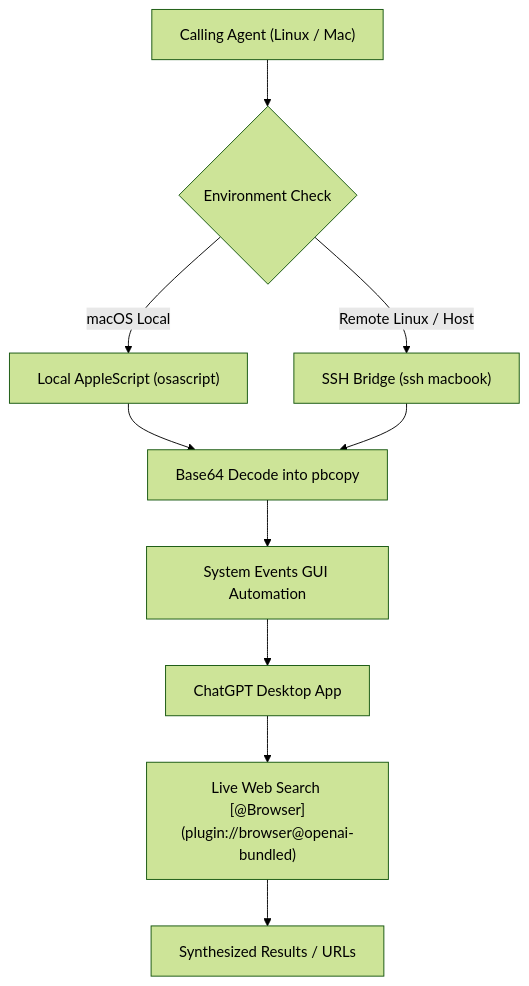
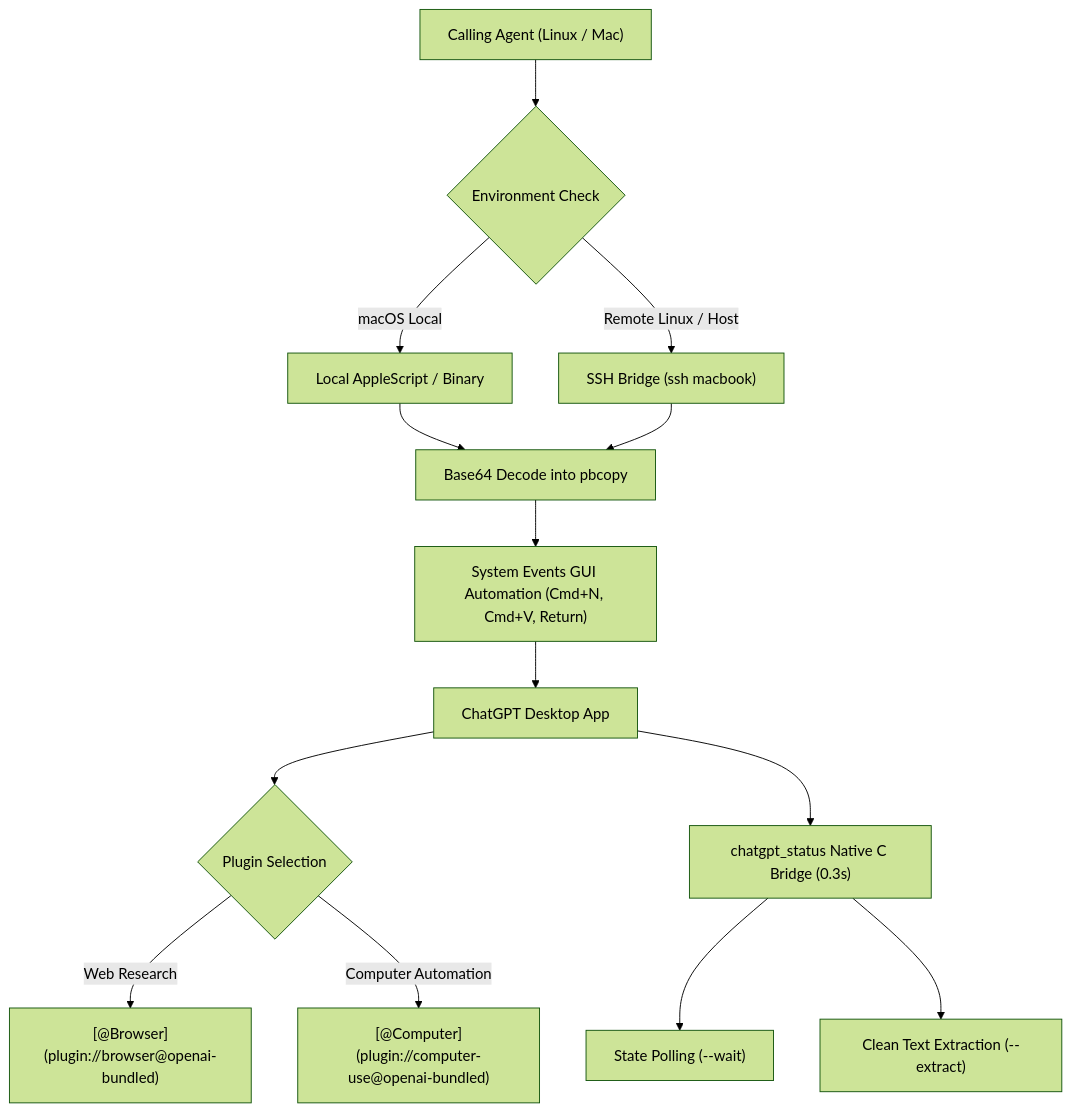
The diagram in skills/chatgpt-mac-research/SKILL.md (yigitkonur/skills-by-yigitkonur), drawn with Mermaid (forest theme) before and after one commit. The commit also changed other lines of this file and 4 other files, not shown here.

Commit message:
feat(chatgpt-mac-research): add @Computer plugin, native C accessibility status monitor, and extract pipeline

````diff
--- a/skills/chatgpt-mac-research/SKILL.md
+++ b/skills/chatgpt-mac-research/SKILL.md
@@ -32,12 +52,16 @@
 ```mermaid
 flowchart TD
     A["Calling Agent (Linux / Mac)"] --> B{"Environment Check"}
-    B -->|macOS Local| C["Local AppleScript (osascript)"]
+    B -->|macOS Local| C["Local AppleScript / Binary"]
     B -->|Remote Linux / Host| D["SSH Bridge (ssh macbook)"]
     C --> E["Base64 Decode into pbcopy"]
     D --> E
-    E --> F["System Events GUI Automation"]
+    E --> F["System Events GUI Automation (Cmd+N, Cmd+V, Return)"]
     F --> G["ChatGPT Desktop App"]
-    G --> H["Live Web Search [@Browser](plugin://browser@openai-bundled)"]
-    H --> I["Synthesized Results / URLs"]
+    G --> H{"Plugin Selection"}
+    H -->|Web Research| I["[@Browser](plugin://browser@openai-bundled)"]
+    H -->|Computer Automation| J["[@Computer](plugin://computer-use@openai-bundled)"]
+    G --> K["chatgpt_status Native C Bridge (0.3s)"]
+    K --> L["State Polling (--wait)"]
+    K --> M["Clean Text Extraction (--extract)"]
 ```
````
